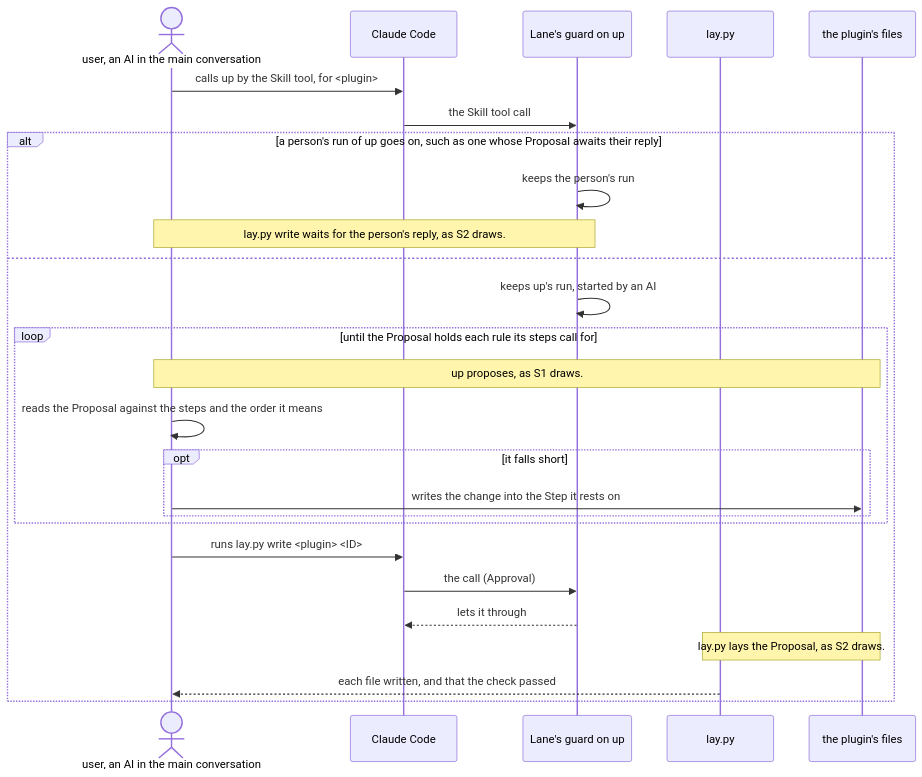
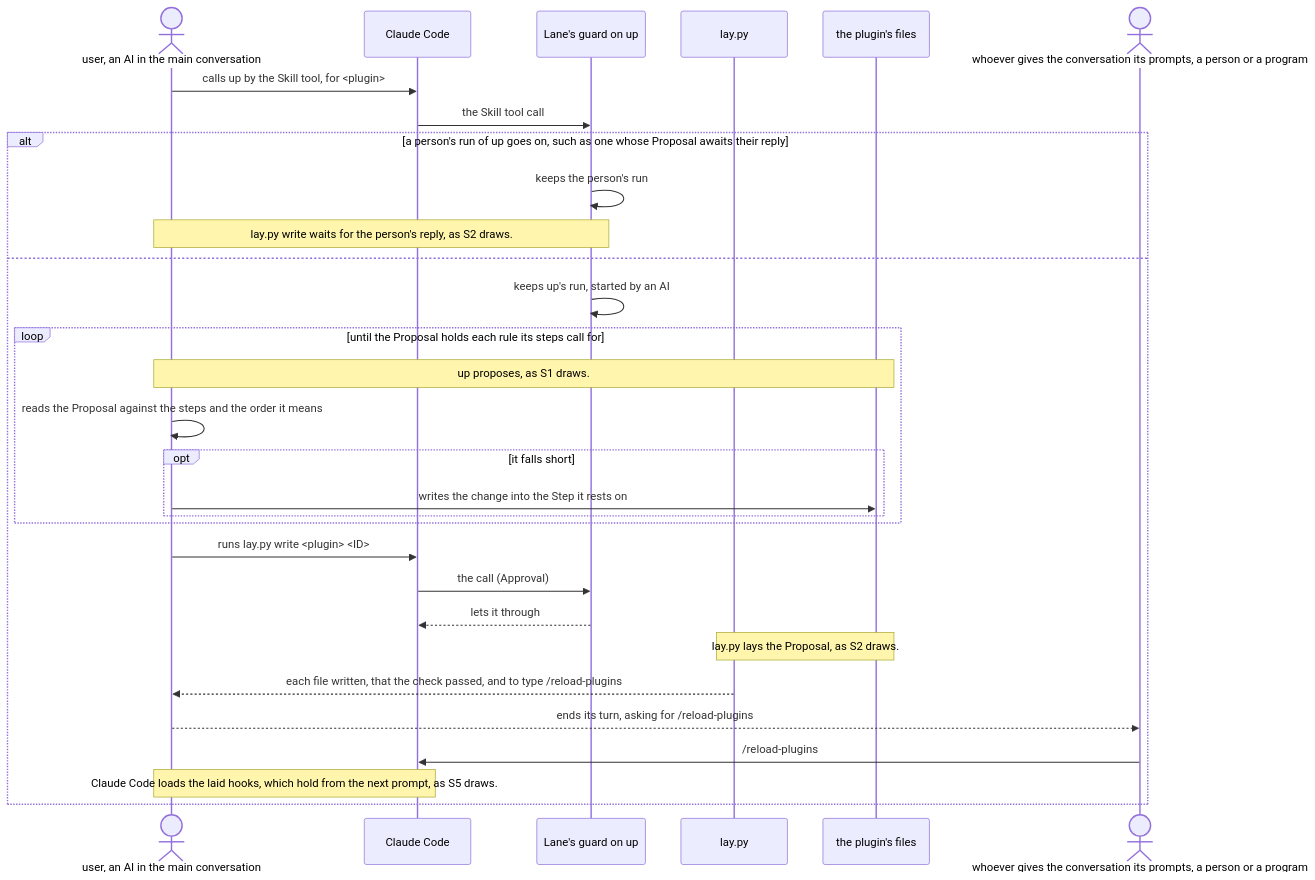
One commit to lovaizu/ccpm changed the third of 7 diagrams in dev/lane/architecture.md. Above: the diagram before and after it, drawn with Mermaid. The commit also changed other lines of this file and 5 other files, not shown here.

First line of the commit message:
Lane: the checks laid hold from the prompt after /reload-plugins, which lay.py write asks for, so the walkthrough types it after each lay, and an AI that lays by its own act asks whoever gives its conversation the prompts

````diff
--- a/dev/lane/architecture.md
+++ b/dev/lane/architecture.md
@@ -399,28 +403,32 @@
 ```mermaid
 sequenceDiagram
   actor A as user, an AI in the main conversation
   participant CC as Claude Code
   participant G as Lane's guard on up
   participant L as lay.py
   participant F as the plugin's files
+  actor D as whoever gives the conversation its prompts, a person or a program
   A->>CC: calls up by the Skill tool, for <plugin>
   CC->>G: the Skill tool call
   alt a person's run of up goes on, such as one whose Proposal awaits their reply
     G->>G: keeps the person's run
     Note over A,G: lay.py write waits for the person's reply, as S2 draws.
   else
     G->>G: keeps up's run, started by an AI
     loop until the Proposal holds each rule its steps call for
       Note over A,F: up proposes, as S1 draws.
       A->>A: reads the Proposal against the steps and the order it means
       opt it falls short
         A->>F: writes the change into the Step it rests on
       end
     end
     A->>CC: runs lay.py write <plugin> <ID>
     CC->>G: the call (Approval)
     G-->>CC: lets it through
     Note over L,F: lay.py lays the Proposal, as S2 draws.
-    L-->>A: each file written, and that the check passed
+    L-->>A: each file written, that the check passed, and to type /reload-plugins
+    A-->>D: ends its turn, asking for /reload-plugins
+    D->>CC: /reload-plugins
+    Note over A,CC: Claude Code loads the laid hooks, which hold from the next prompt, as S5 draws.
   end
 ```
````
